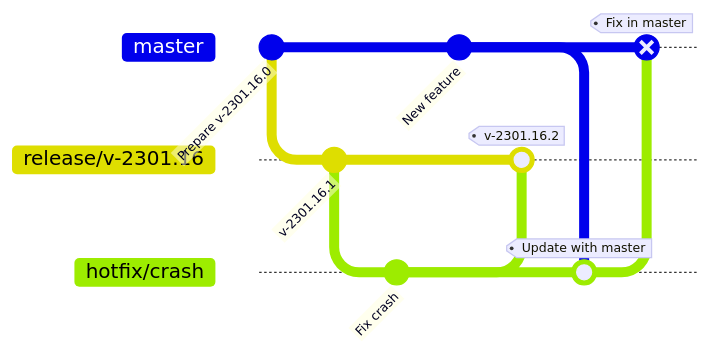
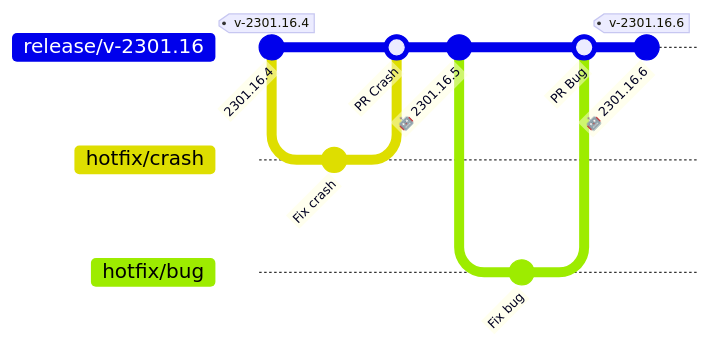
One commit to okmanideep/app-branching-strategy changed the third of 3 diagrams in README.md. Above: the diagram before and after it, drawn with Mermaid. The commit also changed other lines of this file, not shown here.

Commit message:
Update diagrams with bot commits

````diff
--- a/README.md
+++ b/README.md
@@ -85,18 +92,17 @@
 ```mermaid
-%%{init: { 'gitGraph': {'mainBranchName': 'master', 'showCommitLabel': true}} }%%
+%%{init: { 'gitGraph': {'mainBranchName': 'release/v-2301.16', 'showCommitLabel': true}} }%%
 
 gitGraph
-	commit id: "Prepare v-2301.16.0"
-	branch release/v-2301.16
-	commit id: "v-2301.16.1"
+	commit id: "2301.16.4" tag: "v-2301.16.4"
 	branch hotfix/crash
 	commit id: "Fix crash"
-	checkout master
-	commit id: "New feature"
 	checkout release/v-2301.16
-	merge hotfix/crash tag: "v-2301.16.2"
-	checkout hotfix/crash
-	merge master tag: "Update with master"
-	checkout master
-	merge hotfix/crash tag: "Fix in master" type: REVERSE
+	merge hotfix/crash id: "PR Crash"
+	commit id: "🤖 2301.16.5"
+	branch hotfix/bug
+	commit id: "Fix bug"
+	checkout release/v-2301.16
+	merge hotfix/bug id: "PR Bug"
+	commit id: "🤖 2301.16.6" tag: "v-2301.16.6"
+
 ```
````
